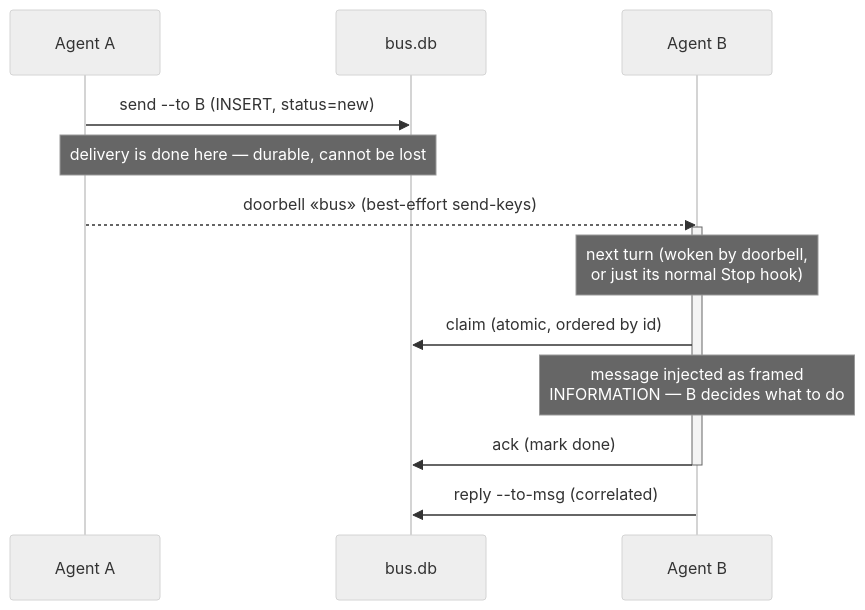
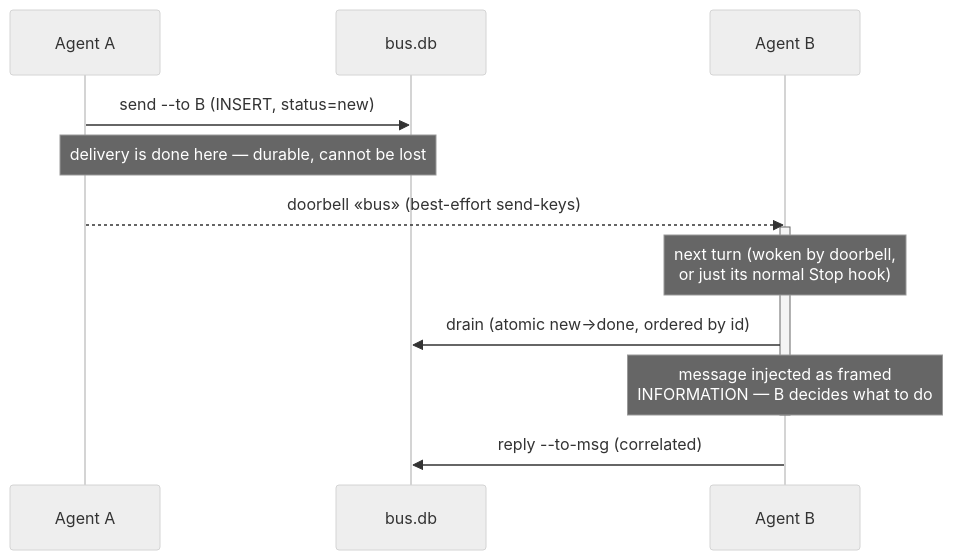
The second of 2 diagrams in README.md (NikiforovAll/tmux-message-bus), drawn with Mermaid (neutral theme) before and after one commit. The commit also changed other lines of this file and 10 other files, not shown here.

First line of the commit message:
feat(bus): atomic drain, Windows doorbell fix, reply-aware framing

````diff
--- a/README.md
+++ b/README.md
@@ -34,17 +34,16 @@
 ```mermaid
 sequenceDiagram
     participant A as Agent A
     participant DB as bus.db
     participant B as Agent B
 
     A->>DB: send --to B (INSERT, status=new)
     Note over A,DB: delivery is done here — durable, cannot be lost
     A-->>B: doorbell «bus» (best-effort send-keys)
     activate B
     Note over B: next turn (woken by doorbell,<br/>or just its normal Stop hook)
-    B->>DB: claim (atomic, ordered by id)
+    B->>DB: drain (atomic new→done, ordered by id)
     Note over B: message injected as framed<br/>INFORMATION — B decides what to do
-    B->>DB: ack (mark done)
     deactivate B
     B->>DB: reply --to-msg (correlated)
 ```
````
